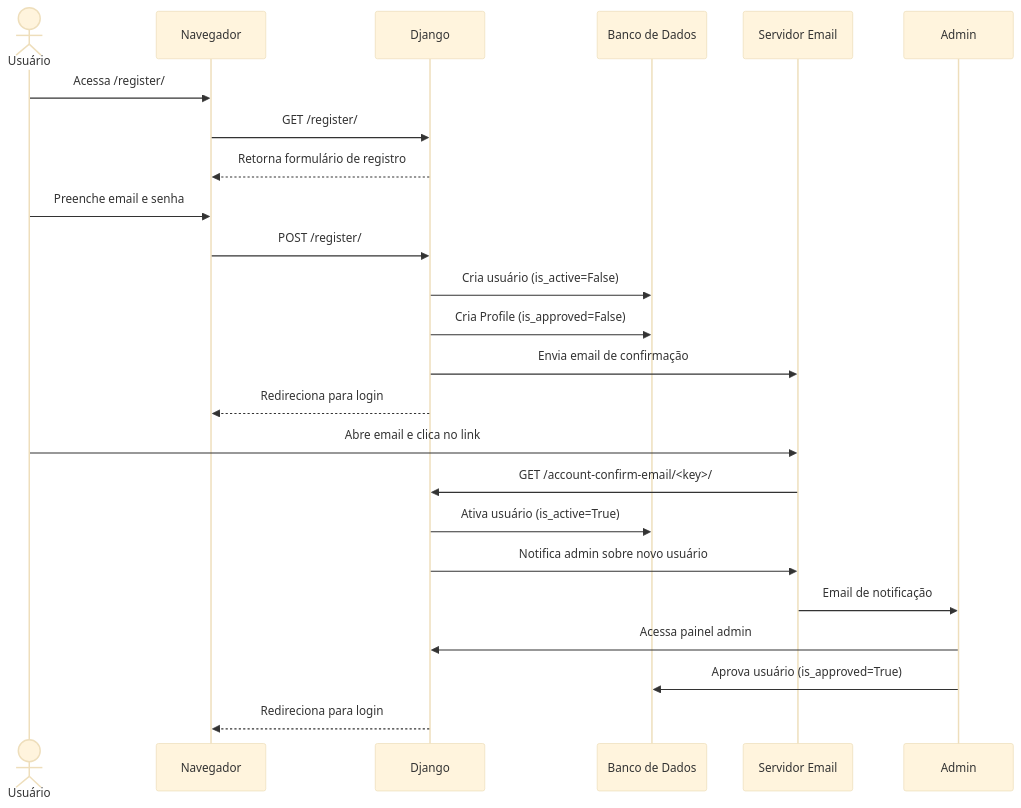
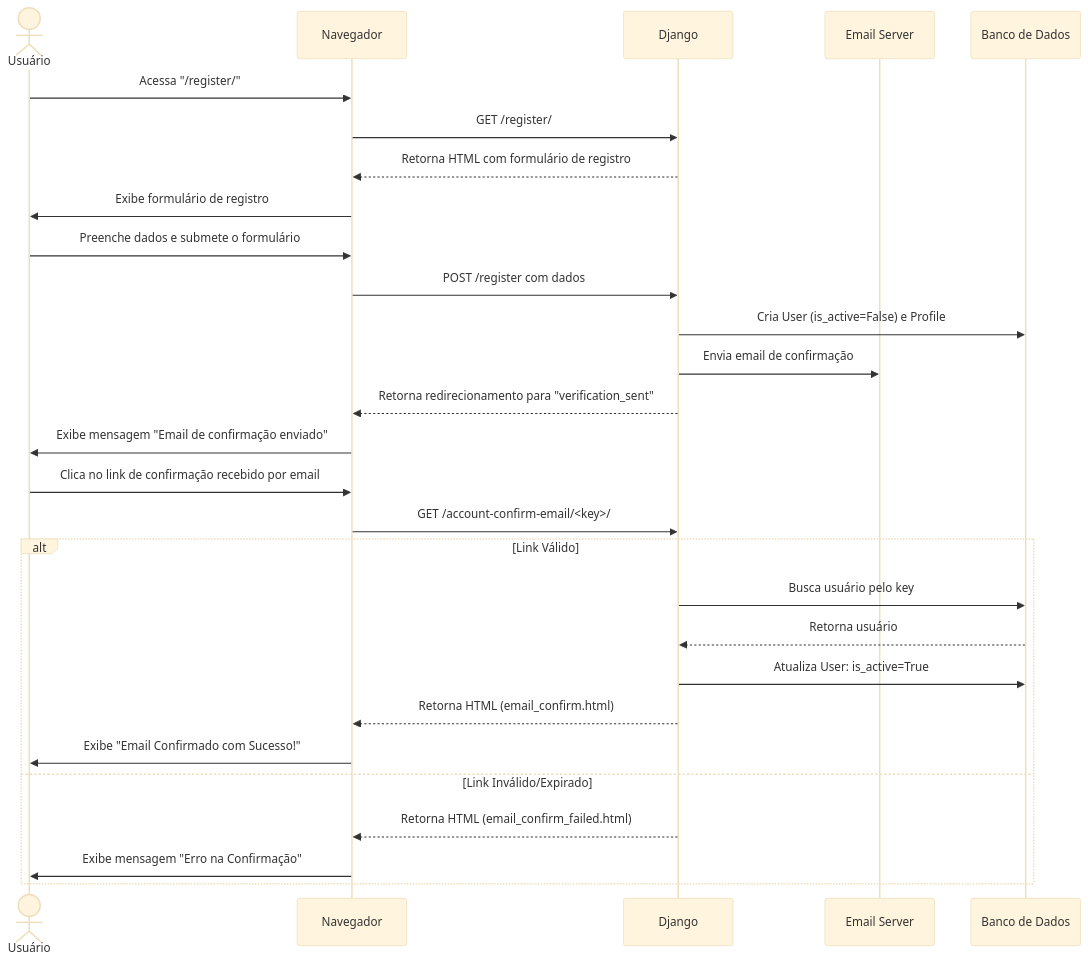
The second of 26 diagrams in README.md (diegogrosmann/EnsinaNet.AI), drawn with Mermaid (base theme) before and after one commit. The commit also changed other lines of this file and 117 other files, not shown here.

Commit message:
Adiciona novo aplicativo 'client_version' com modelos, URLs e configurações; remove arquivos de teste e atualiza configurações do projeto.

````diff
--- a/README.md
+++ b/README.md
@@ -492,27 +542,31 @@
 ```mermaid
 sequenceDiagram
     actor U as Usuário
     participant N as Navegador
     participant D as Django
+    participant E as Email Server
     participant DB as Banco de Dados
-    participant E as Servidor Email
-    participant A as Admin
 
-    U->>N: Acessa /register/
+    U->>N: Acessa "/register/"
     N->>D: GET /register/
-    D-->>N: Retorna formulário de registro
-    U->>N: Preenche email e senha
-    N->>D: POST /register/
-    D->>DB: Cria usuário (is_active=False)
-    D->>DB: Cria Profile (is_approved=False)
+    D-->>N: Retorna HTML com formulário de registro
+    N->>U: Exibe formulário de registro
+    U->>N: Preenche dados e submete o formulário
+    N->>D: POST /register com dados
+    D->>DB: Cria User (is_active=False) e Profile
     D->>E: Envia email de confirmação
-    D-->>N: Redireciona para login
-    U->>E: Abre email e clica no link
-    E->>D: GET /account-confirm-email/<key>/
-    D->>DB: Ativa usuário (is_active=True)
-    D->>E: Notifica admin sobre novo usuário
-    E->>A: Email de notificação
-    A->>D: Acessa painel admin
-    A->>DB: Aprova usuário (is_approved=True)
-    D-->>N: Redireciona para login
+    D-->>N: Retorna redirecionamento para "verification_sent"
+    N->>U: Exibe mensagem "Email de confirmação enviado"
+    U->>N: Clica no link de confirmação recebido por email
+    N->>D: GET /account-confirm-email/<key>/
+    alt Link Válido
+        D->>DB: Busca usuário pelo key
+        DB-->>D: Retorna usuário
+        D->>DB: Atualiza User: is_active=True
+        D-->>N: Retorna HTML (email_confirm.html)
+        N->>U: Exibe "Email Confirmado com Sucesso!"
+    else Link Inválido/Expirado
+        D-->>N: Retorna HTML (email_confirm_failed.html)
+        N->>U: Exibe mensagem "Erro na Confirmação"
+    end
 ```
````
